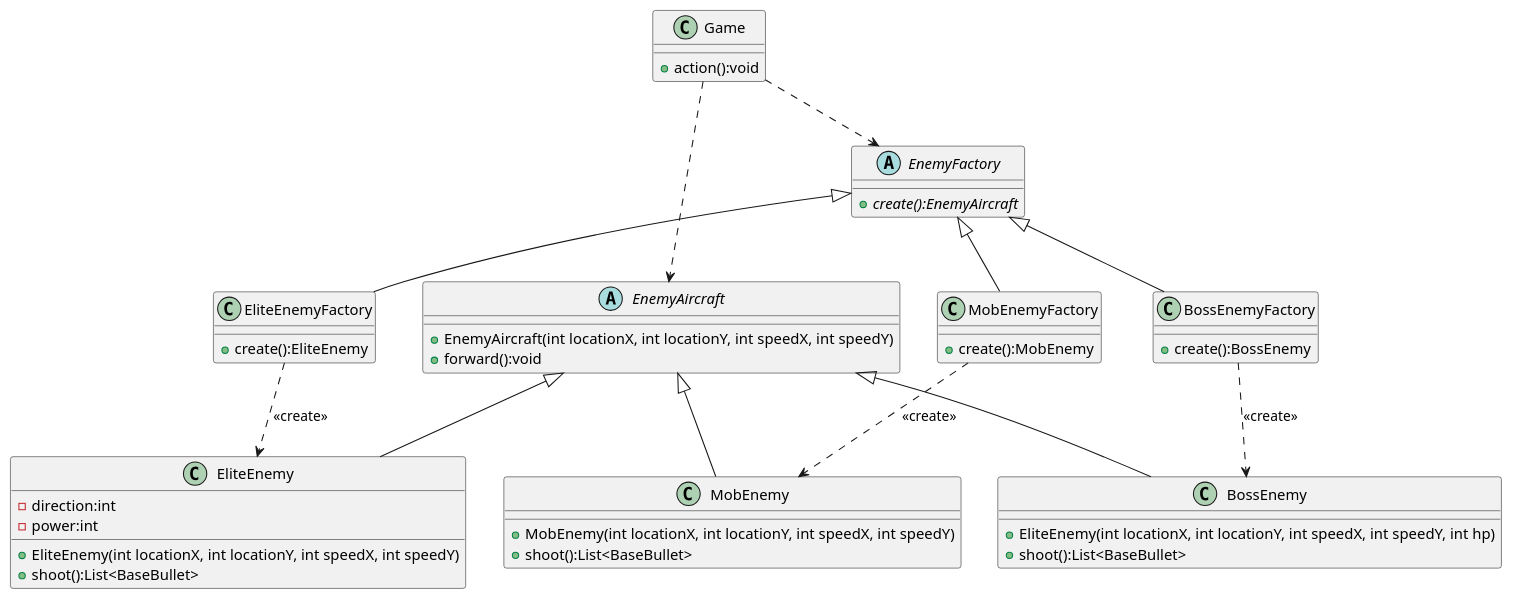
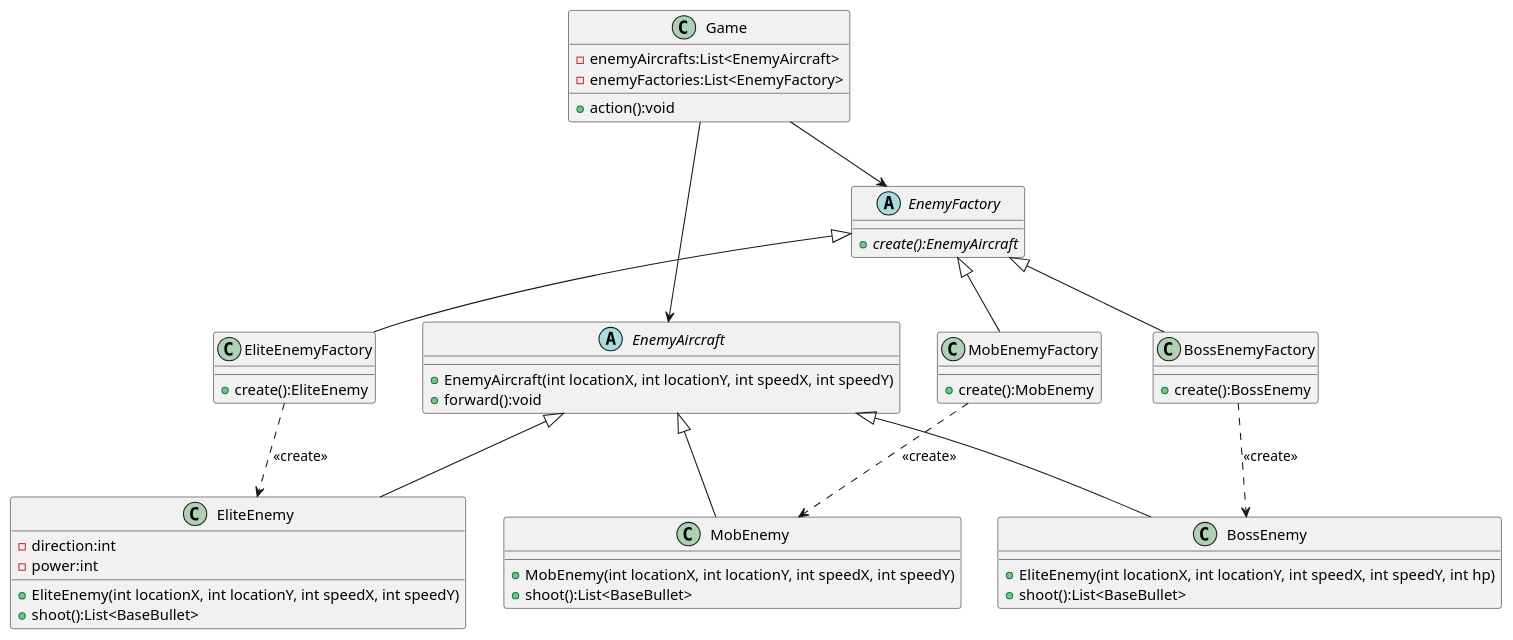
Before and after one commit to linkfqy/AircraftWar: the diagram in uml/EnemyFactory.puml, drawn with PlantUML. The commit also changed 2 other files, not shown here.

Commit message:
Corrected the UML for exp.2

```diff
--- a/uml/EnemyFactory.puml
+++ b/uml/EnemyFactory.puml
@@ -1,54 +1,56 @@
 @startuml
 abstract class EnemyFactory{
     + {abstract} create():EnemyAircraft
 }
 class MobEnemyFactory{
     + create():MobEnemy
 }
 class EliteEnemyFactory{
     + create():EliteEnemy
 }
 class BossEnemyFactory{
     + create():BossEnemy
 }
 
 EnemyFactory <|-- MobEnemyFactory
 EnemyFactory <|-- EliteEnemyFactory
 EnemyFactory <|-- BossEnemyFactory
 
 abstract class EnemyAircraft {
     + EnemyAircraft(int locationX, int locationY, int speedX, int speedY)
     + forward():void
 }
 
 class MobEnemy {
     + MobEnemy(int locationX, int locationY, int speedX, int speedY)
     + shoot():List<BaseBullet>
 }
 
 class EliteEnemy {
     - direction:int
     - power:int
     + EliteEnemy(int locationX, int locationY, int speedX, int speedY)
     + shoot():List<BaseBullet>
 }
 
 class BossEnemy {
     + EliteEnemy(int locationX, int locationY, int speedX, int speedY, int hp)
     + shoot():List<BaseBullet>
 }
 
 EnemyAircraft <|-- MobEnemy
 EnemyAircraft <|-- EliteEnemy
 EnemyAircraft <|-- BossEnemy
 MobEnemyFactory ..> MobEnemy : <<create>>
 EliteEnemyFactory ..> EliteEnemy : <<create>>
 BossEnemyFactory ..> BossEnemy : <<create>>
 
 class Game {
+    - enemyAircrafts:List<EnemyAircraft>
+    - enemyFactories:List<EnemyFactory>
     + action():void
 }
 
-Game ..> EnemyFactory
-Game ..> EnemyAircraft
+Game --> EnemyFactory
+Game --> EnemyAircraft
 @enduml
```
